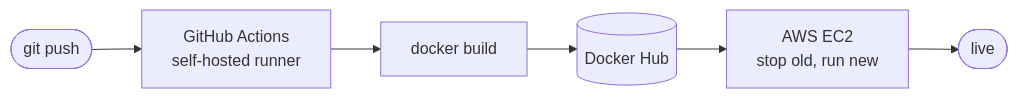
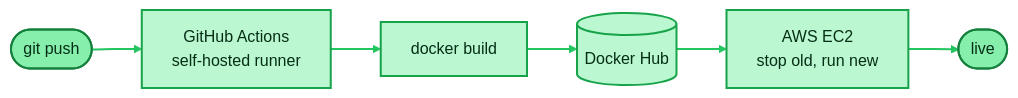
One commit to meryambej/meryambej changed the diagram in README.md. Above: the diagram before and after it, drawn with Mermaid. The commit also changed other lines of this file and 2 other files, not shown here.

````diff
--- a/README.md
+++ b/README.md
@@ -51,8 +29,14 @@
 ```mermaid
 flowchart LR
     A([git push]) --> B[GitHub Actions<br/>self-hosted runner]
     B --> C[docker build]
     C --> D[(Docker Hub)]
     D --> E[AWS EC2<br/>stop old, run new]
     E --> F([live])
+
+    classDef step fill:#bbf7d0,stroke:#16a34a,stroke-width:2px,color:#052e16
+    classDef edge fill:#86efac,stroke:#15803d,stroke-width:2px,color:#052e16
+    class B,C,D,E step
+    class A,F edge
+    linkStyle default stroke:#22c55e,stroke-width:2px
 ```
````
